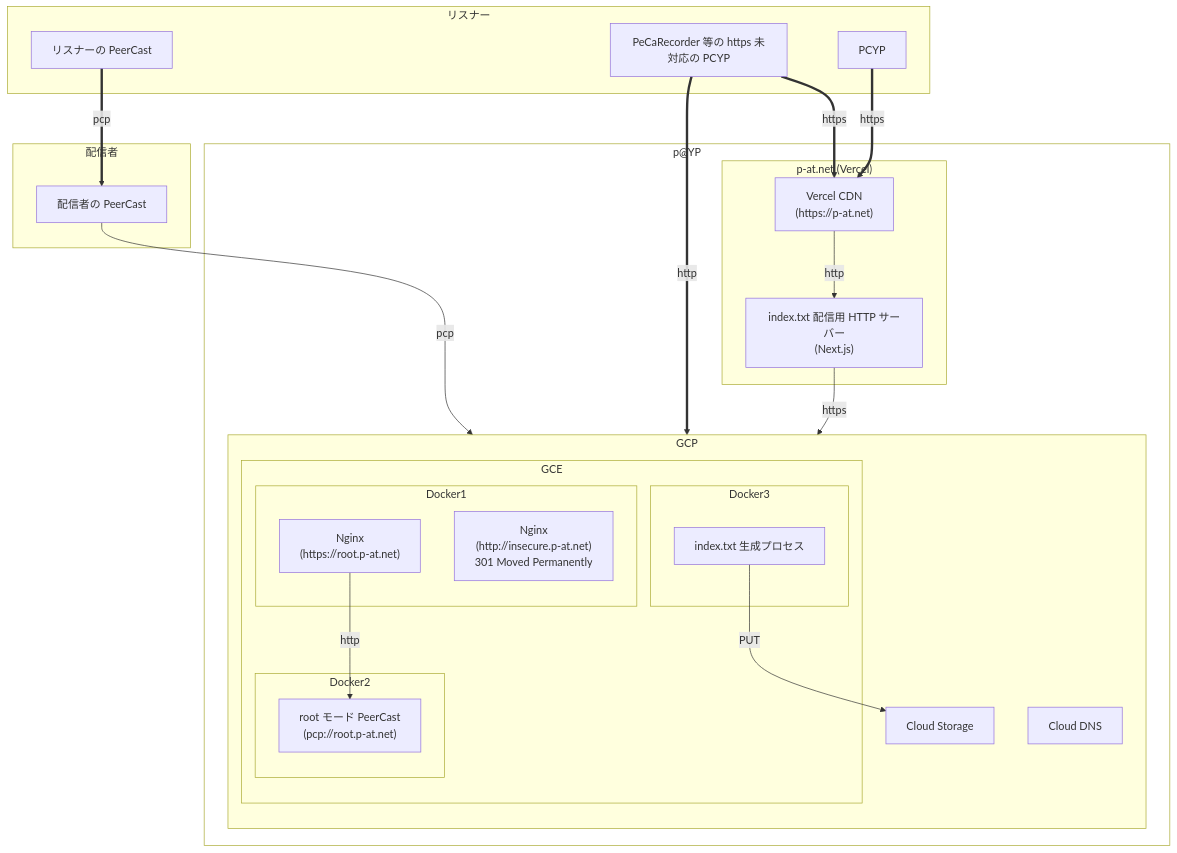
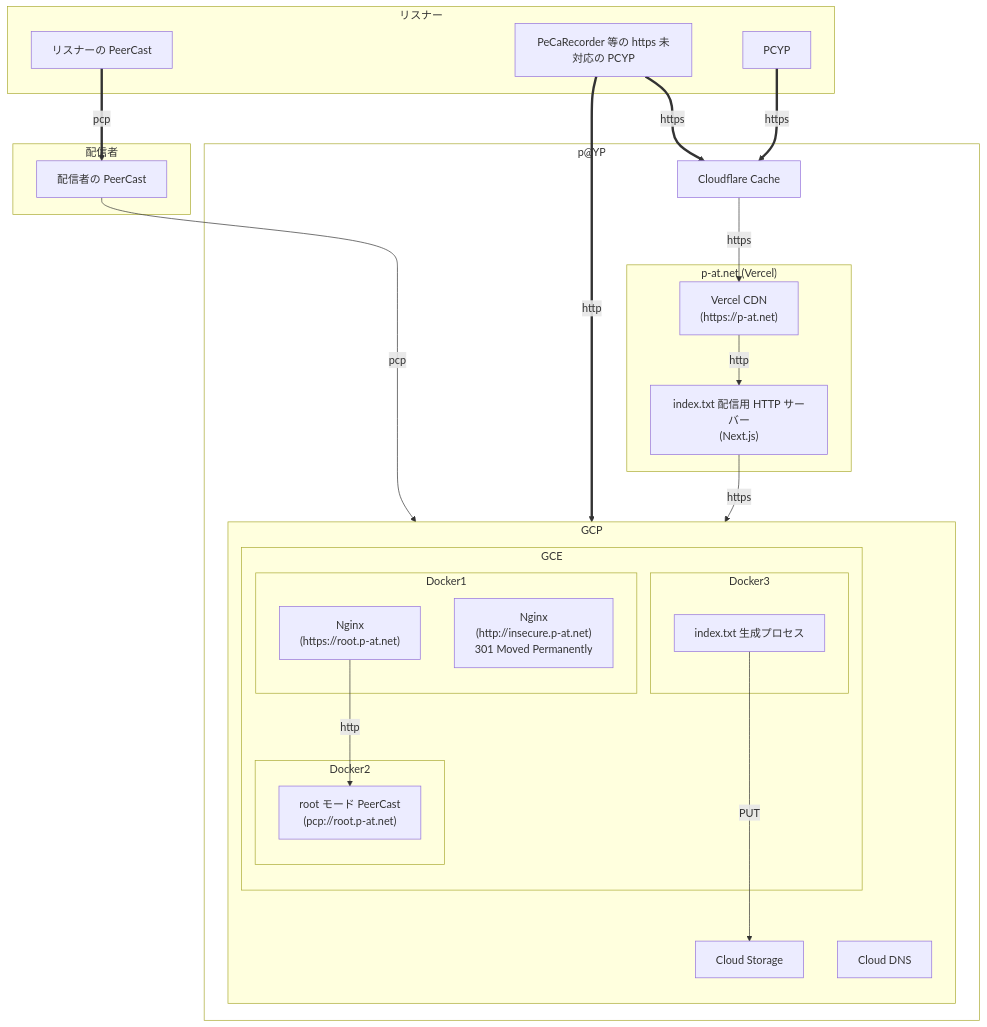
One commit to progre/pp changed the first of 2 diagrams in README.md. Above: the diagram before and after it, drawn with Mermaid.

Commit message:
doc: update cloudflare integration in architecture diagram

````diff
--- a/README.md
+++ b/README.md
@@ -3,50 +3,53 @@
 ```mermaid
 flowchart TD
 
 subgraph "リスナー"
   listener
   browser
   pecareco
 end
 
 subgraph "配信者"
   broadcaster
 end
 
 style pat fill:#0000
 subgraph pat["p@YP"]
+  cloudflare["Cloudflare Cache"]
+
   subgraph vercel["p-at.net (Vercel)"]
     isr["Vercel CDN<br>(https://p-at.net)"]
     www["index.txt 配信用 HTTP サーバー<br>(Next.js)"]
   end
 
   subgraph GCP
     direction TB
     subgraph GCE
       subgraph docker1["Docker1"]
         nginxinsecure["Nginx<br>(http://insecure.p-at.net)<br>301 Moved Permanently"]
         nginxroot["Nginx<br>(https://root.p-at.net)"]
       end
       subgraph docker2["Docker2"]
         root["root モード PeerCast<br>(pcp://root.p-at.net)"];
       end
       subgraph docker3["Docker3"]
         gen["index.txt 生成プロセス"]
       end
     end
+    dns["Cloud DNS"]
     cloudstorage["Cloud Storage"]
-    dns["Cloud DNS"]
 
-    gen --PUT--> cloudstorage
+    gen --PUT---> cloudstorage
   end
 end
 
 listener["リスナーの PeerCast"]==pcp==>broadcaster
 broadcaster["配信者の PeerCast"]--pcp-->root
 pecareco["PeCaRecorder 等の https 未対応の PCYP"]==http==>nginxinsecure
-pecareco==https==>isr
-browser["PCYP"]==https==>isr
+pecareco==https==>cloudflare
+cloudflare--https-->isr
+browser["PCYP"]==https==>cloudflare
 isr--http-->www;
 www--https-->cloudstorage;
 nginxroot--http-->root;
 ```
````
